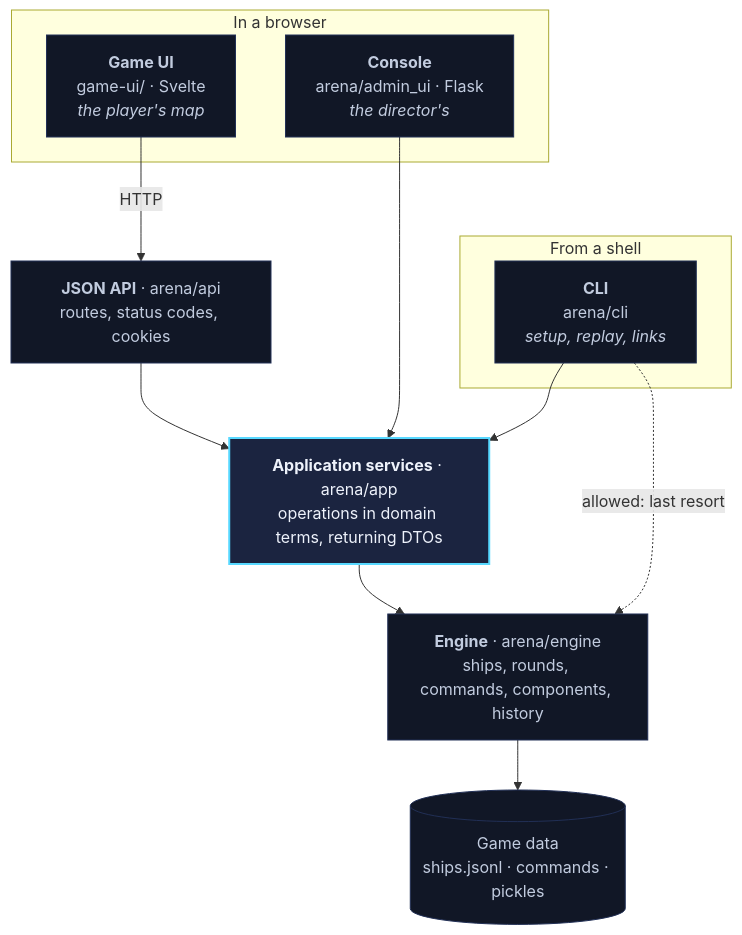
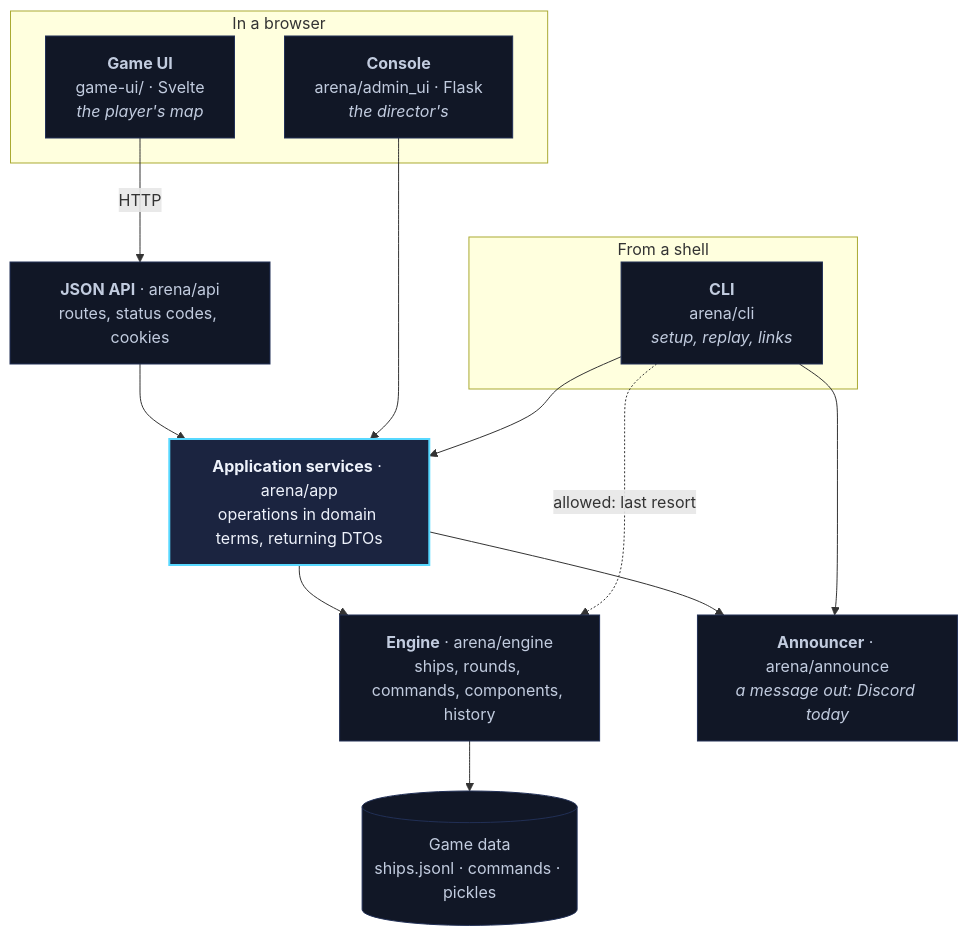
The first of 2 diagrams in docs/architecture.md (sbeaumont/starship-arena), drawn with Mermaid before and after one commit. The commit also changed other lines of this file and 13 other files, not shown here.

````diff
--- a/docs/architecture.md
+++ b/docs/architecture.md
@@ -9,30 +9,33 @@
 ```mermaid
 flowchart TD
     subgraph browser ["In a browser"]
         GameUI["<b>Game UI</b><br/>game-ui/ · Svelte<br/><i>the player's map</i>"]
         Console["<b>Console</b><br/>arena/admin_ui · Flask<br/><i>the director's</i>"]
     end
     subgraph shell ["From a shell"]
         CLI["<b>CLI</b><br/>arena/cli<br/><i>setup, replay, links</i>"]
     end
 
     API["<b>JSON API</b> · arena/api<br/>routes, status codes, cookies"]
     App["<b>Application services</b> · arena/app<br/>operations in domain terms, returning DTOs"]
     Engine["<b>Engine</b> · arena/engine<br/>ships, rounds, commands, components, history"]
     Store[("Game data<br/>ships.jsonl · commands · pickles")]
+    Announce["<b>Announcer</b> · arena/announce<br/><i>a message out: Discord today</i>"]
 
     GameUI -->|HTTP| API
     API --> App
     Console --> App
     CLI --> App
     App --> Engine
+    App --> Announce
+    CLI --> Announce
     Engine --> Store
     CLI -.->|"allowed: last resort"| Engine
 
     classDef seam fill:#1b2440,stroke:#57d8ff,stroke-width:2px,color:#eef2fb
     classDef ui fill:#111726,stroke:#223056,color:#c2ccdf
     classDef core fill:#111726,stroke:#223056,color:#c2ccdf
     class App seam
     class GameUI,Console,CLI,API ui
-    class Engine,Store core
+    class Engine,Store,Announce core
 ```
````
